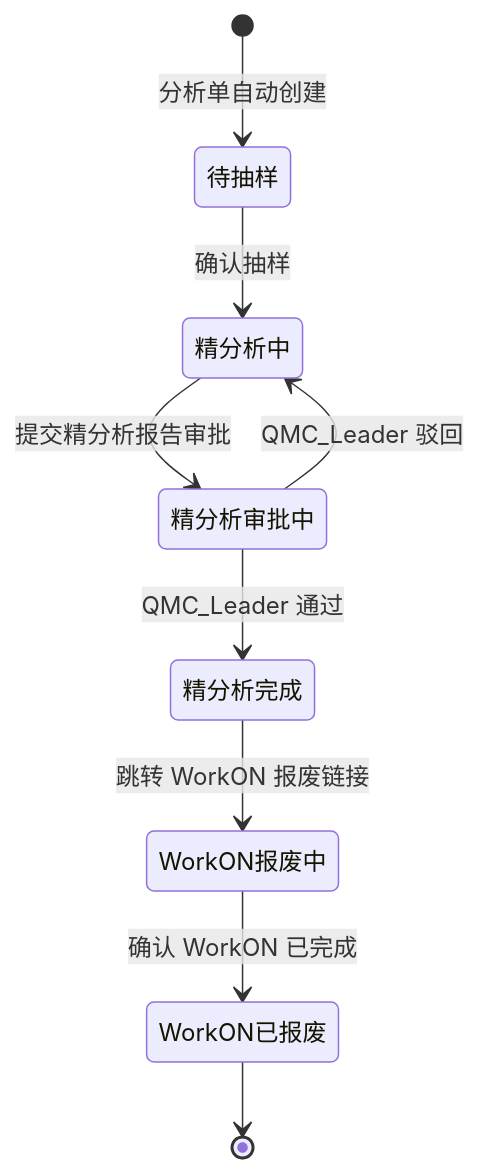
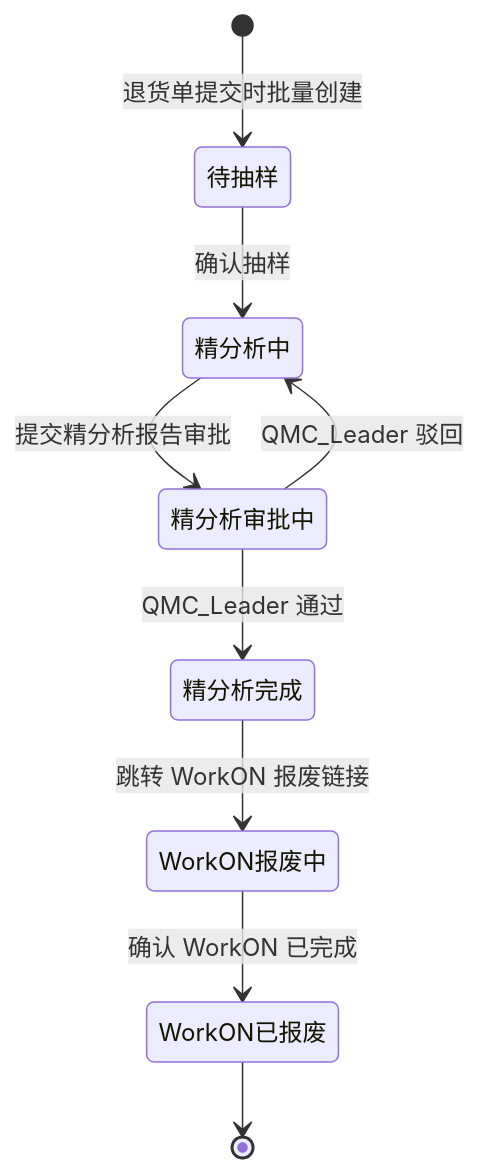
One commit to xvfeiran/wfam-doc changed the seventh of 16 diagrams in 01-设计文档/开发设计文档.md. Above: the diagram before and after it, drawn with Mermaid. The commit also changed other lines of this file, not shown here.

````diff
--- a/01-设计文档/开发设计文档.md
+++ b/01-设计文档/开发设计文档.md
@@ -590,18 +593,18 @@
 ```mermaid
 stateDiagram-v2
     state "待抽样" as pending
     state "精分析中" as detailed
     state "精分析审批中" as approving
     state "精分析完成" as approved
     state "WorkON报废中" as scrapping
     state "WorkON已报废" as scrapped
 
-    [*] --> pending: 分析单自动创建
+    [*] --> pending: 退货单提交时批量创建
     pending --> detailed: 确认抽样
     detailed --> approving: 提交精分析报告审批
     approving --> detailed: QMC_Leader 驳回
     approving --> approved: QMC_Leader 通过
     approved --> scrapping: 跳转 WorkON 报废链接
     scrapping --> scrapped: 确认 WorkON 已完成
     scrapped --> [*]
 ```
````
